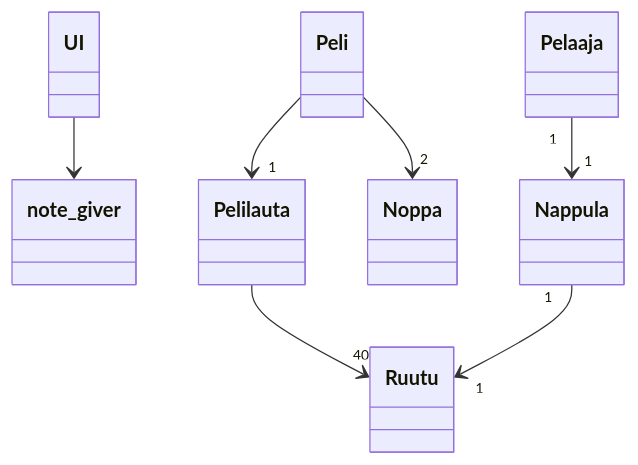
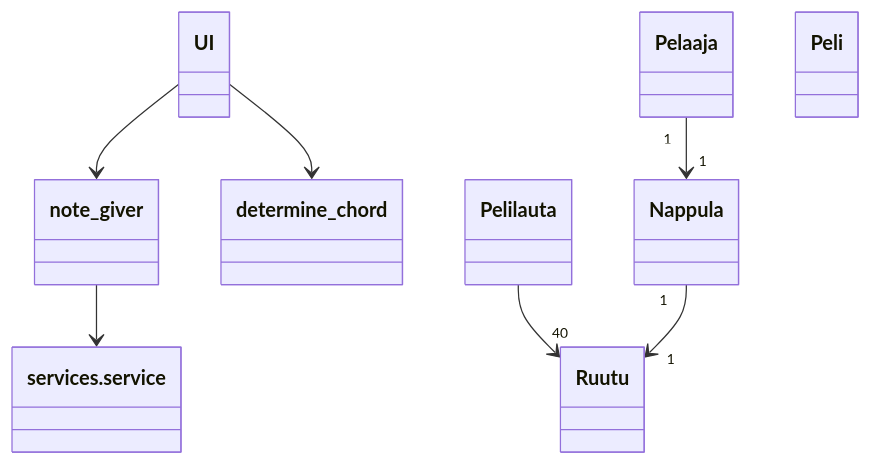
One commit to Aaltonenn/ot-harjoitustyo changed the diagram in dokumentaatio/arkkitehtuuri.md. Above: the diagram before and after it, drawn with Mermaid.

````diff
--- a/dokumentaatio/arkkitehtuuri.md
+++ b/dokumentaatio/arkkitehtuuri.md
@@ -3,21 +3,21 @@
 ```mermaid
  classDiagram
       UI --> note_giver
-      Peli --> "1" Pelilauta
-      Peli --> "2" Noppa
+      UI --> determine_chord
+      note_giver --> services.service
       Pelaaja "1" --> "1" Nappula
       Pelilauta --> "40" Ruutu
       Nappula "1" --> "1" Ruutu
       
       class Pelaaja{
       }
       class Pelilauta{
       }
       class Peli{
       }
       class Nappula{
       }
       class Ruutu{
       }
       
 ```
````
